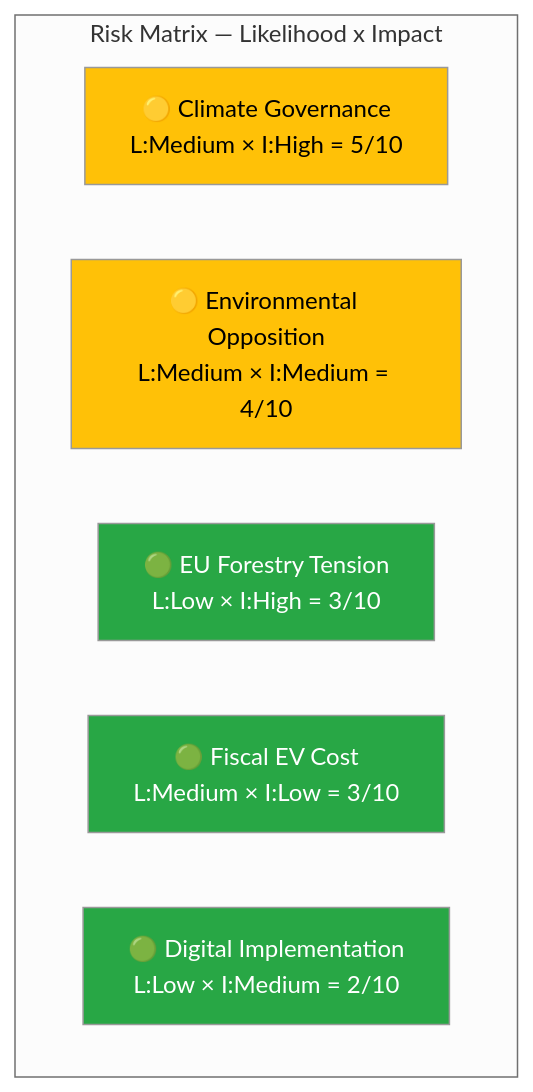
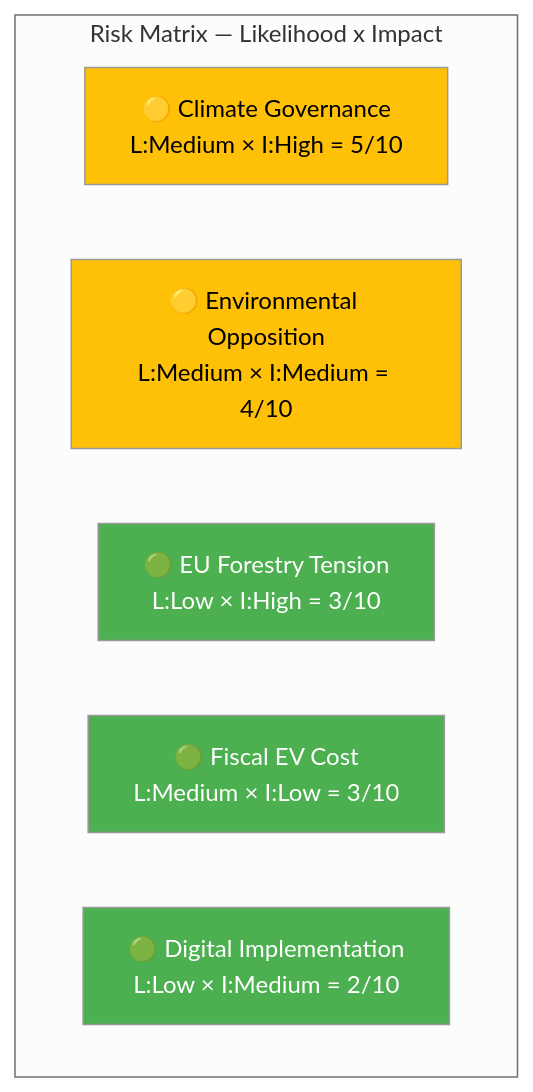
Before and after one commit to Hack23/riksdagsmonitor: the diagram in analysis/daily/2026-04-16/realtime-1037/risk-assessment.md, drawn with Mermaid (neutral theme). The commit also changed 785 other files, not shown here.

First line of the commit message:
Normalize mermaid colors across 786 analysis artifacts to ISMS Style Guide palette

````diff
--- a/analysis/daily/2026-04-16/realtime-1037/risk-assessment.md
+++ b/analysis/daily/2026-04-16/realtime-1037/risk-assessment.md
@@ -12,15 +12,15 @@
 ```mermaid
 graph TD
     subgraph "Risk Matrix — Likelihood x Impact"
         R1["🟡 Climate Governance<br/>L:Medium × I:High = 5/10"]
         R2["🟡 Environmental Opposition<br/>L:Medium × I:Medium = 4/10"]
         R3["🟢 EU Forestry Tension<br/>L:Low × I:High = 3/10"]
         R4["🟢 Fiscal EV Cost<br/>L:Medium × I:Low = 3/10"]
         R5["🟢 Digital Implementation<br/>L:Low × I:Medium = 2/10"]
     end
-    style R1 fill:#ffc107,color:#000
-    style R2 fill:#ffc107,color:#000
-    style R3 fill:#28a745,color:#fff
-    style R4 fill:#28a745,color:#fff
-    style R5 fill:#28a745,color:#fff
+    style R1 fill:#FFC107,color:#000000
+    style R2 fill:#FFC107,color:#000000
+    style R3 fill:#4CAF50,color:#FFFFFF
+    style R4 fill:#4CAF50,color:#FFFFFF
+    style R5 fill:#4CAF50,color:#FFFFFF
 ```
````
